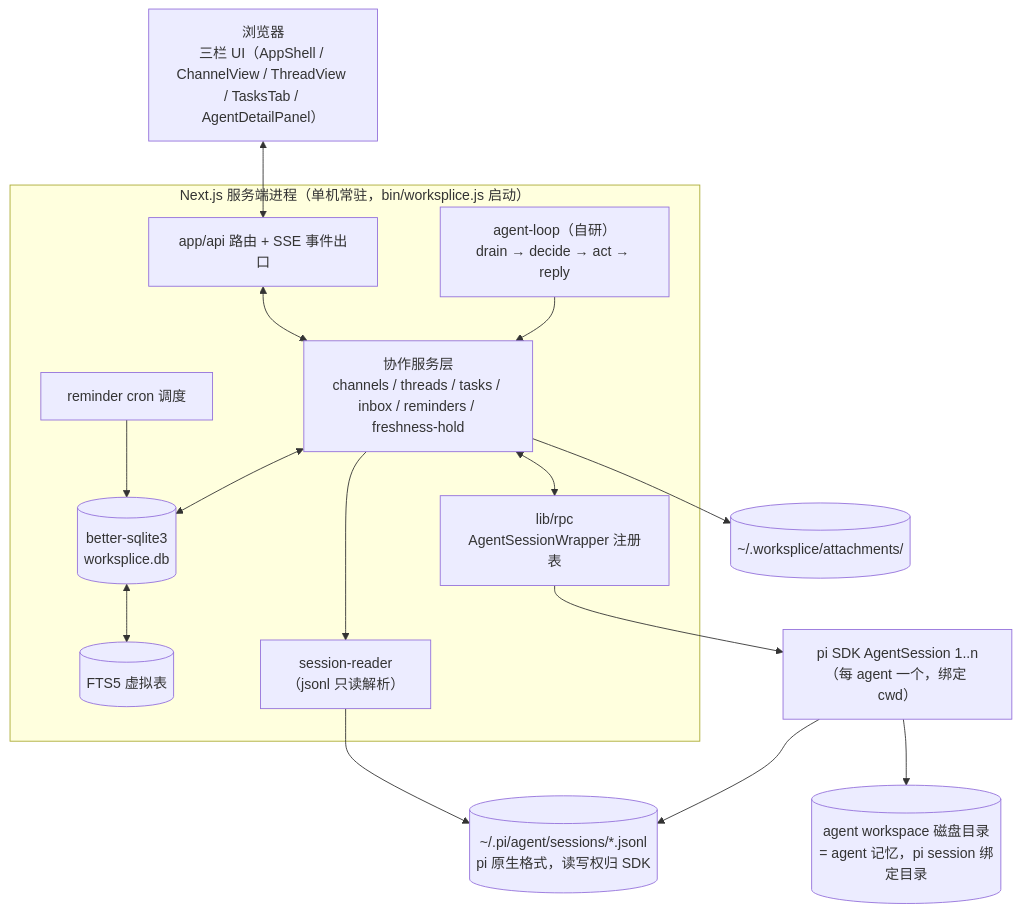
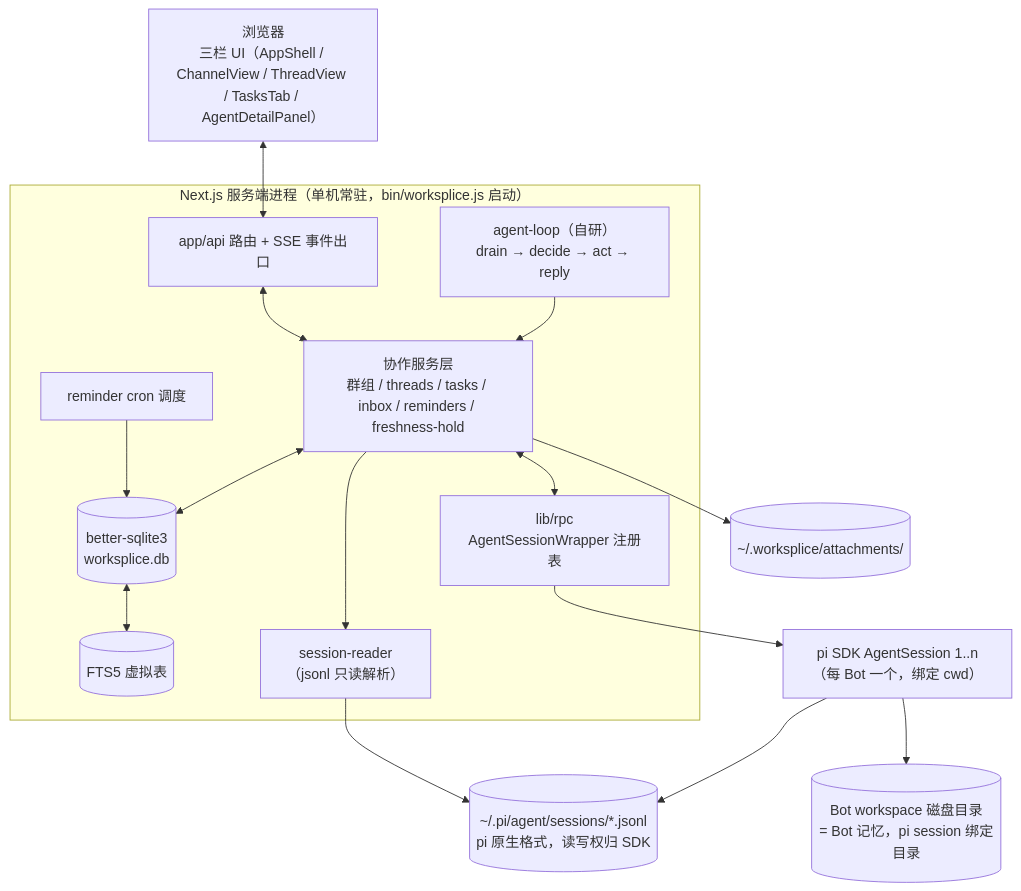
One commit to whutlichao/worksplice changed the first of 2 diagrams in docs/spec.md. Above: the diagram before and after it, drawn with Mermaid. The commit also changed other lines of this file and 38 other files, not shown here.

````diff
--- a/docs/spec.md
+++ b/docs/spec.md
@@ -300,34 +300,34 @@
 ```mermaid
 flowchart TB
     Browser["浏览器<br/>三栏 UI（AppShell / ChannelView / ThreadView / TasksTab / AgentDetailPanel）"]
 
     subgraph App["Next.js 服务端进程（单机常驻，bin/worksplice.js 启动）"]
         Routes["app/api 路由 + SSE 事件出口"]
-        CollabSvc["协作服务层<br/>channels / threads / tasks / inbox / reminders / freshness-hold"]
+        CollabSvc["协作服务层<br/>群组 / threads / tasks / inbox / reminders / freshness-hold"]
         AgentLoop["agent-loop（自研）<br/>drain → decide → act → reply"]
         Cron["reminder cron 调度"]
         DB[("better-sqlite3<br/>worksplice.db")]
         FTS[("FTS5 虚拟表")]
         RPC["lib/rpc<br/>AgentSessionWrapper 注册表"]
         Reader["session-reader<br/>（jsonl 只读解析）"]
         CollabSvc <--> DB
         DB <--> FTS
         CollabSvc <--> RPC
         AgentLoop --> CollabSvc
         Cron --> DB
     end
 
-    PI["pi SDK AgentSession 1..n（每 agent 一个，绑定 cwd）"]
+    PI["pi SDK AgentSession 1..n（每 Bot 一个，绑定 cwd）"]
     SESS[("~/.pi/agent/sessions/*.jsonl<br/>pi 原生格式，读写权归 SDK")]
-    WS[("agent workspace 磁盘目录<br/>= agent 记忆，pi session 绑定目录")]
+    WS[("Bot workspace 磁盘目录<br/>= Bot 记忆，pi session 绑定目录")]
     ATT[("~/.worksplice/attachments/")]
 
     Browser <--> Routes
     Routes <--> CollabSvc
     CollabSvc --> Reader
     RPC --> PI
     PI --> SESS
     PI --> WS
     Reader --> SESS
     CollabSvc --> ATT
 ```
````
